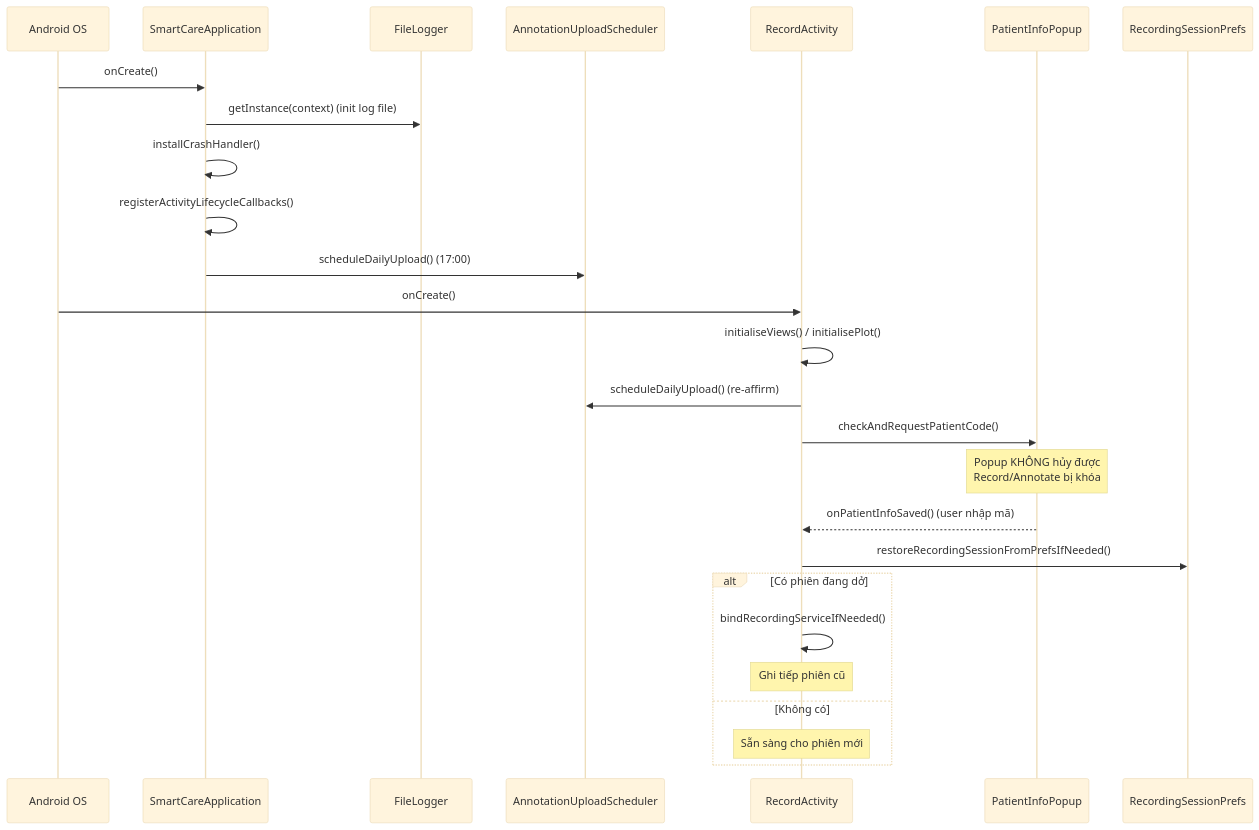
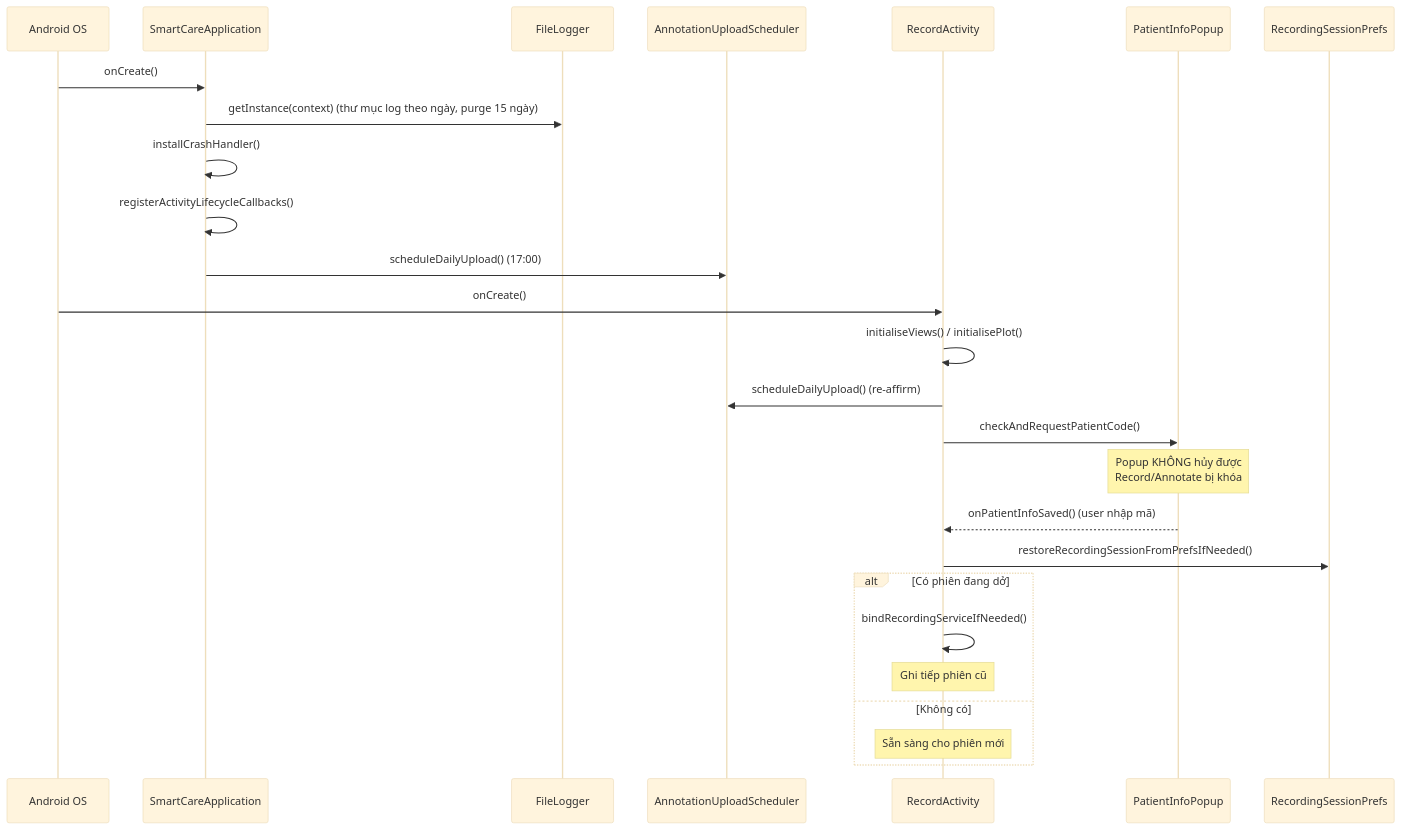
One commit to Oucru-Innovations/SmartCare-Capture changed the diagram in docs/vi/2-architecture/flow-01-app-startup.md. Above: the diagram before and after it, drawn with Mermaid (base theme). The commit also changed other lines of this file and 36 other files, not shown here.

````diff
--- a/docs/vi/2-architecture/flow-01-app-startup.md
+++ b/docs/vi/2-architecture/flow-01-app-startup.md
@@ -19,29 +19,29 @@
 ```mermaid
 sequenceDiagram
     participant OS as Android OS
     participant APP as SmartCareApplication
     participant LOG as FileLogger
     participant SCH as AnnotationUploadScheduler
     participant RA as RecordActivity
     participant PIP as PatientInfoPopup
     participant PREFS as RecordingSessionPrefs
 
     OS->>APP: onCreate()
-    APP->>LOG: getInstance(context) (init log file)
+    APP->>LOG: getInstance(context) (thư mục log theo ngày, purge 15 ngày)
     APP->>APP: installCrashHandler()
     APP->>APP: registerActivityLifecycleCallbacks()
     APP->>SCH: scheduleDailyUpload() (17:00)
     OS->>RA: onCreate()
     RA->>RA: initialiseViews() / initialisePlot()
     RA->>SCH: scheduleDailyUpload() (re-affirm)
     RA->>PIP: checkAndRequestPatientCode()
     Note over PIP: Popup KHÔNG hủy được<br/>Record/Annotate bị khóa
     PIP-->>RA: onPatientInfoSaved() (user nhập mã)
     RA->>PREFS: restoreRecordingSessionFromPrefsIfNeeded()
     alt Có phiên đang dở
         RA->>RA: bindRecordingServiceIfNeeded()
         Note over RA: Ghi tiếp phiên cũ
     else Không có
         Note over RA: Sẵn sàng cho phiên mới
     end
 ```
````
